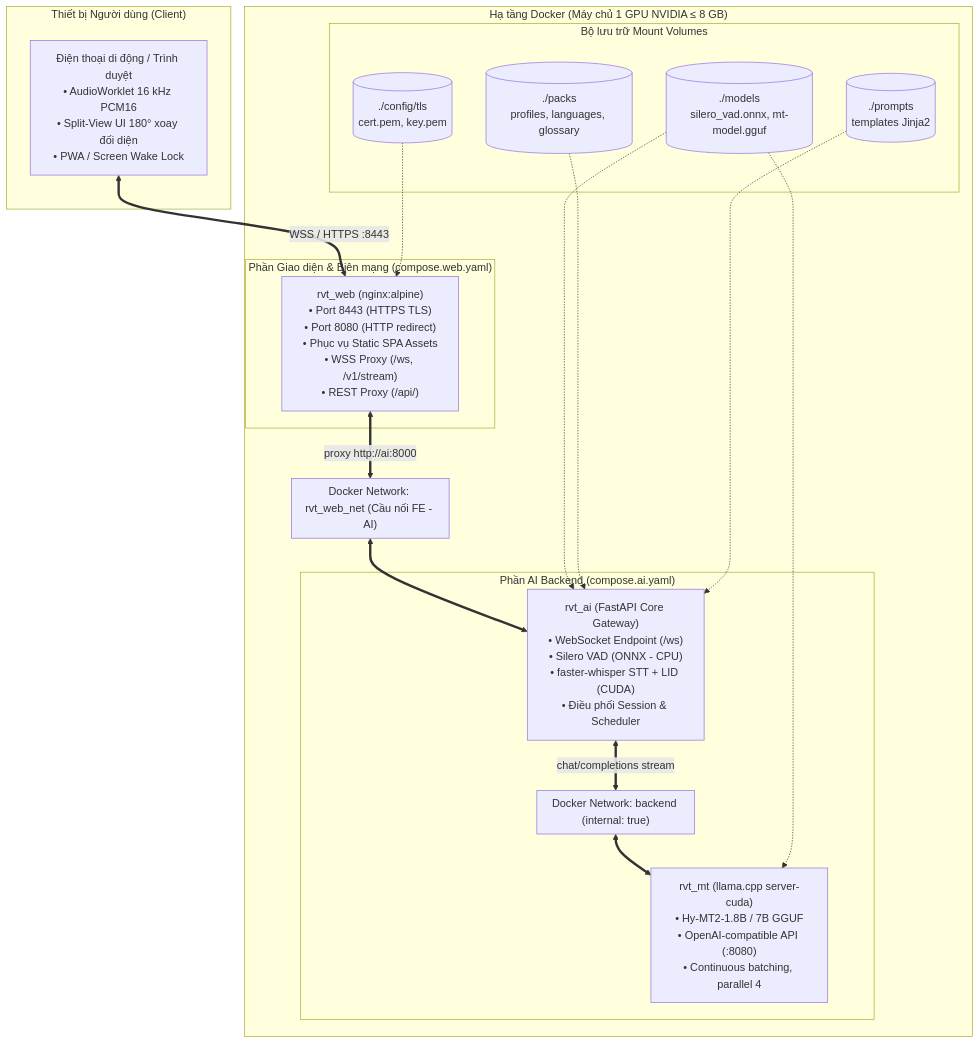
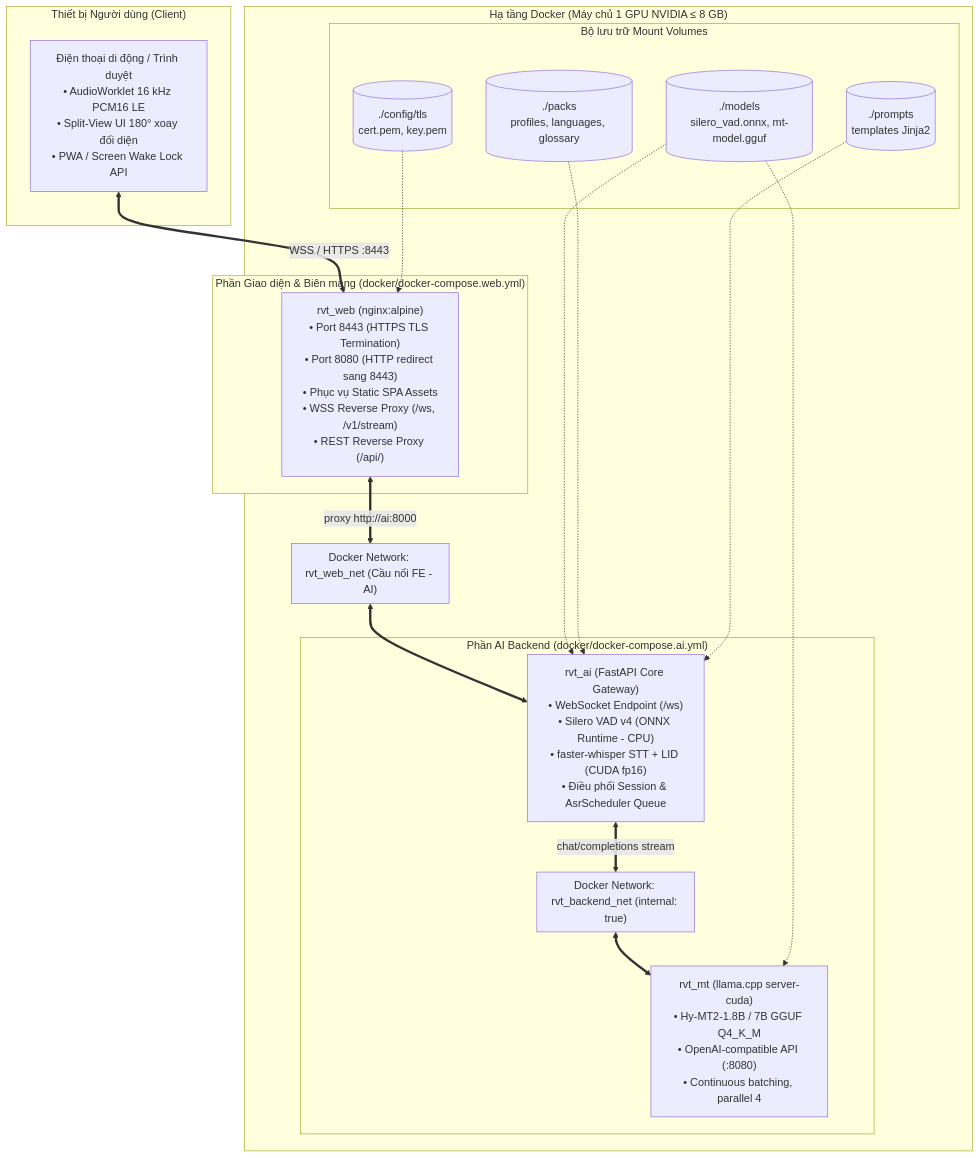
The first of 6 diagrams in projects/realtime-voice-translate/docs/03-technical-details-design.md (superken-python/ai-architecture), drawn with Mermaid before and after one commit. The commit also changed other lines of this file and 7 other files, not shown here.

````diff
--- a/projects/realtime-voice-translate/docs/03-technical-details-design.md
+++ b/projects/realtime-voice-translate/docs/03-technical-details-design.md
@@ -9,43 +9,43 @@
 ```mermaid
 flowchart TB
     subgraph CLIENT["Thiết bị Người dùng (Client)"]
-        PHONE["Điện thoại di động / Trình duyệt<br/>• AudioWorklet 16 kHz PCM16<br/>• Split-View UI 180° xoay đối diện<br/>• PWA / Screen Wake Lock"]
+        PHONE["Điện thoại di động / Trình duyệt<br/>• AudioWorklet 16 kHz PCM16 LE<br/>• Split-View UI 180° xoay đối diện<br/>• PWA / Screen Wake Lock API"]
     end
 
     subgraph DOCKER_HOST["Hạ tầng Docker (Máy chủ 1 GPU NVIDIA ≤ 8 GB)"]
-        subgraph FE_ZONE["Phần Giao diện & Biên mạng (compose.web.yaml)"]
-            NGINX["rvt_web (nginx:alpine)<br/>• Port 8443 (HTTPS TLS)<br/>• Port 8080 (HTTP redirect)<br/>• Phục vụ Static SPA Assets<br/>• WSS Proxy (/ws, /v1/stream)<br/>• REST Proxy (/api/)"]
+        subgraph FE_ZONE["Phần Giao diện & Biên mạng (docker/docker-compose.web.yml)"]
+            NGINX["rvt_web (nginx:alpine)<br/>• Port 8443 (HTTPS TLS Termination)<br/>• Port 8080 (HTTP redirect sang 8443)<br/>• Phục vụ Static SPA Assets<br/>• WSS Reverse Proxy (/ws, /v1/stream)<br/>• REST Reverse Proxy (/api/)"]
         end
 
         subgraph NET_WEB["Docker Network: rvt_web_net (Cầu nối FE - AI)"]
         end
 
-        subgraph AI_ZONE["Phần AI Backend (compose.ai.yaml)"]
-            AI_GW["rvt_ai (FastAPI Core Gateway)<br/>• WebSocket Endpoint (/ws)<br/>• Silero VAD (ONNX - CPU)<br/>• faster-whisper STT + LID (CUDA)<br/>• Điều phối Session & Scheduler"]
+        subgraph AI_ZONE["Phần AI Backend (docker/docker-compose.ai.yml)"]
+            AI_GW["rvt_ai (FastAPI Core Gateway)<br/>• WebSocket Endpoint (/ws)<br/>• Silero VAD v4 (ONNX Runtime - CPU)<br/>• faster-whisper STT + LID (CUDA fp16)<br/>• Điều phối Session & AsrScheduler Queue"]
             
-            subgraph NET_BACKEND["Docker Network: backend (internal: true)"]
+            subgraph NET_BACKEND["Docker Network: rvt_backend_net (internal: true)"]
             end
 
-            MT_SRV["rvt_mt (llama.cpp server-cuda)<br/>• Hy-MT2-1.8B / 7B GGUF<br/>• OpenAI-compatible API (:8080)<br/>• Continuous batching, parallel 4"]
+            MT_SRV["rvt_mt (llama.cpp server-cuda)<br/>• Hy-MT2-1.8B / 7B GGUF Q4_K_M<br/>• OpenAI-compatible API (:8080)<br/>• Continuous batching, parallel 4"]
         end
 
         subgraph STORAGE["Bộ lưu trữ Mount Volumes"]
             VOL_TLS[("./config/tls<br/>cert.pem, key.pem")]
             VOL_MODELS[("./models<br/>silero_vad.onnx, mt-model.gguf")]
             VOL_PACKS[("./packs<br/>profiles, languages, glossary")]
             VOL_PROMPTS[("./prompts<br/>templates Jinja2")]
         end
     end
 
     PHONE <== "WSS / HTTPS :8443" ==> NGINX
     NGINX <== "proxy http://ai:8000" ==> NET_WEB
     NET_WEB <==> AI_GW
     AI_GW <== "chat/completions stream" ==> NET_BACKEND
     NET_BACKEND <==> MT_SRV
 
     VOL_TLS -.-> NGINX
     VOL_MODELS -.-> AI_GW
     VOL_MODELS -.-> MT_SRV
     VOL_PACKS -.-> AI_GW
     VOL_PROMPTS -.-> AI_GW
 ```
````
